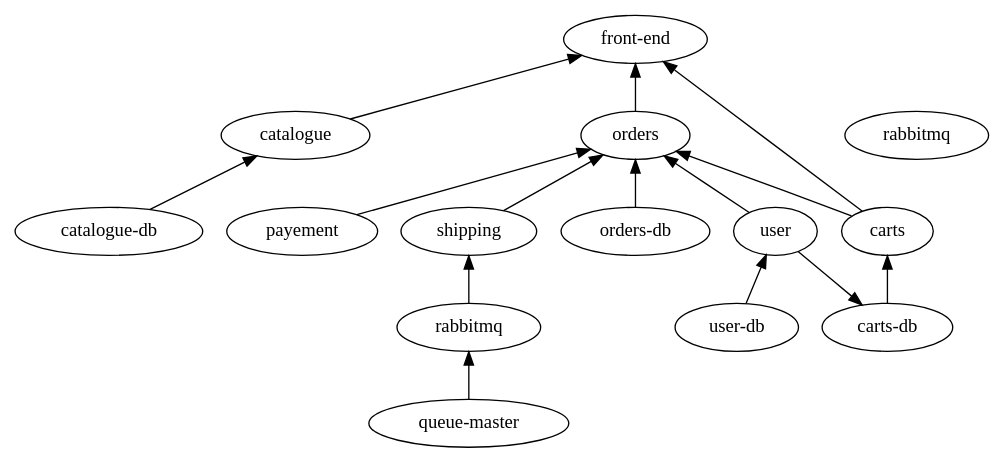
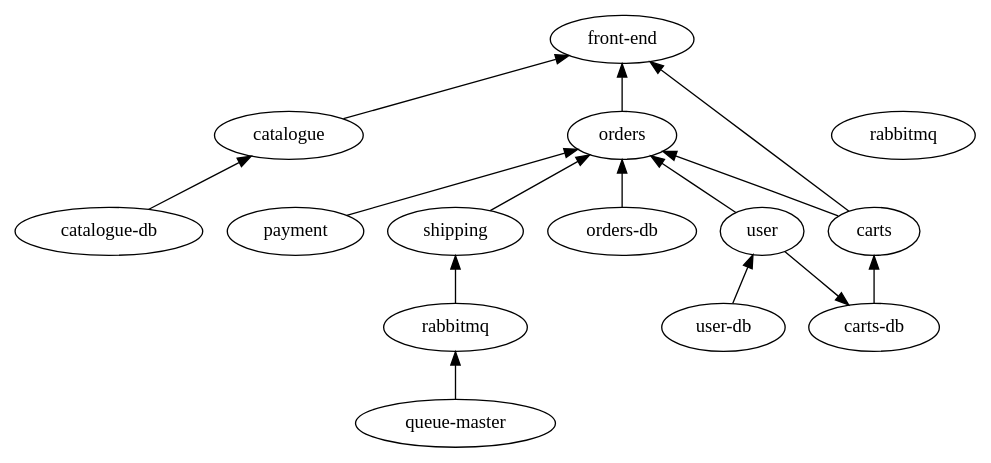
Before and after one commit to microservices-demo/microservices-demo: the diagram in dot/sockshop.dot, drawn with Graphviz.

```diff
--- a/dot/sockshop.dot
+++ b/dot/sockshop.dot
@@ -1,35 +1,35 @@
 digraph sockshop {
      graph [
           layout = dot;
      ];
      edge [
           dir = back;
      ];
 
      front [label="front-end"];
      cata [label="catalogue"];
      catadb [label="catalogue-db"];
      orders [label="orders"];
      ordersdb [label="orders-db"];
      user [label="user"];
      userdb [label="user-db"];
-     pay [label="payement"];
+     pay [label="payment"];
      ship [label="shipping"];
      qm [label="queue-master"];
      rabbit [label="rabbitmq"];
      carts [label="carts"];
      cartsdb [label="carts-db"];
 
      front -> orders -> ordersdb;
      front -> carts -> cartsdb:
      front -> user -> userdb;
      front -> cata -> catadb;
      orders -> carts;
      orders -> user;
      orders -> pay;
      orders -> ship -> rabbitmq -> qm;
 
      {rank = min; front;}
      {rank = same; orders; cata;}
      {rank = same; carts; user; pay; ship;}
 }
```
